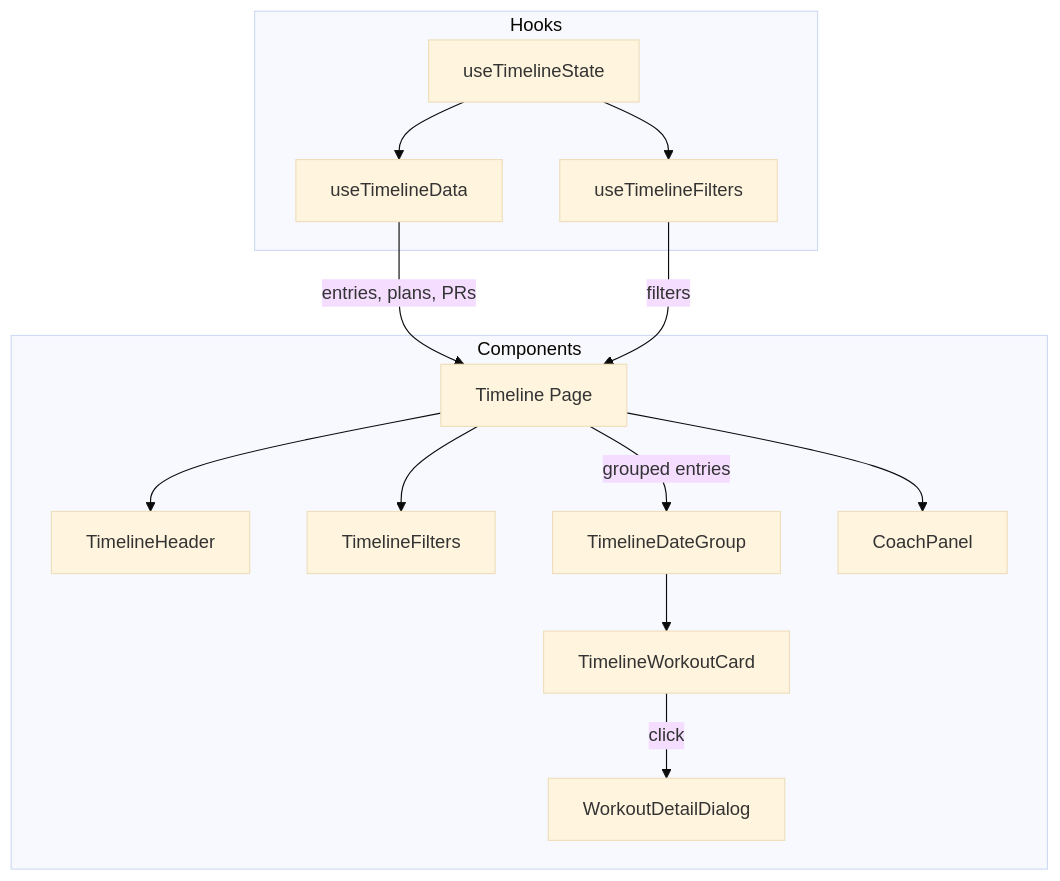
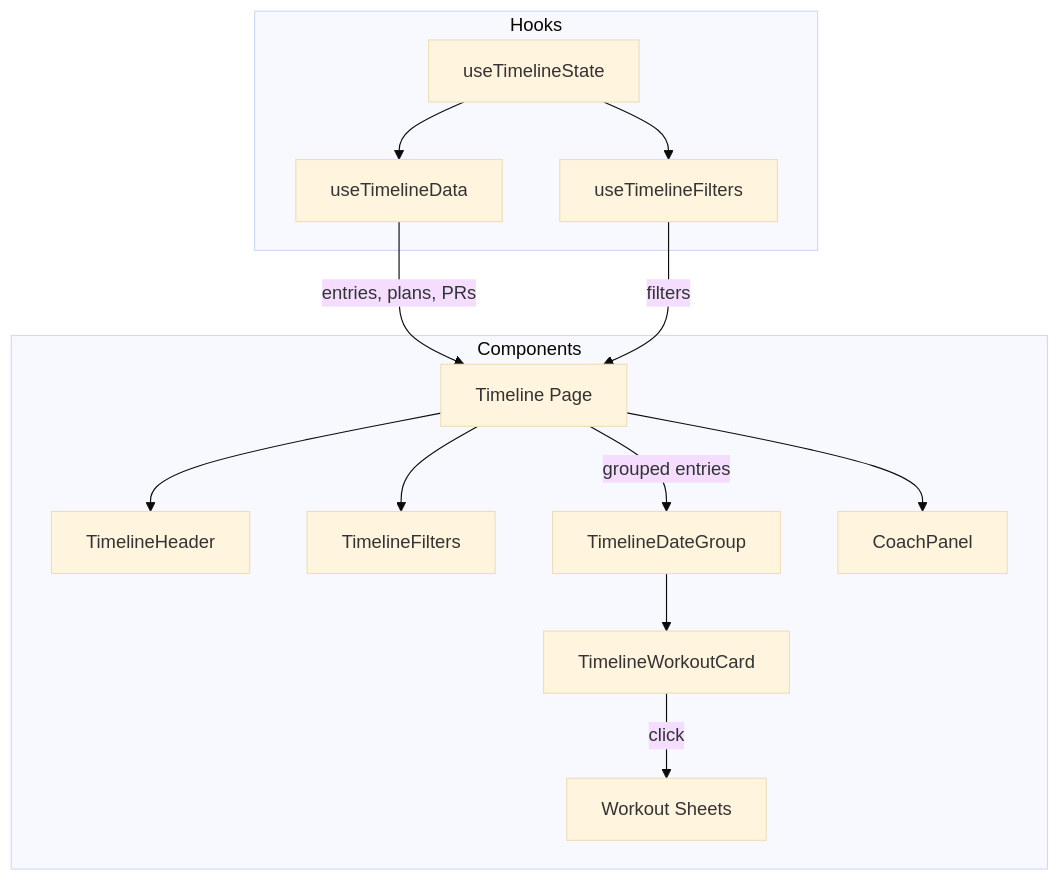
Before and after one commit to daler91/Hyrox-Companion: the diagram in docs/client.md, drawn with Mermaid (base theme). The commit also changed other lines of this file and 3 other files, not shown here.

Commit message:
docs: update documentation for client, architecture, integrations, and testing infrastructure

````diff
--- a/docs/client.md
+++ b/docs/client.md
@@ -305,29 +307,29 @@
 ```mermaid
 flowchart TD
     subgraph Hooks
         UTD[useTimelineData]
         UTF[useTimelineFilters]
         UTS[useTimelineState]
     end
     
     subgraph Components
         TL[Timeline Page]
         TH[TimelineHeader]
         TF[TimelineFilters]
         TDG[TimelineDateGroup]
         TWC[TimelineWorkoutCard]
-        WDD[WorkoutDetailDialog]
+        WDS[Workout Sheets]
         CP[CoachPanel]
     end
     
     UTS --> UTD
     UTS --> UTF
     UTD -->|entries, plans, PRs| TL
     UTF -->|filters| TL
     TL --> TH
     TL --> TF
     TL -->|grouped entries| TDG
     TDG --> TWC
-    TWC -->|click| WDD
+    TWC -->|click| WDS
     TL --> CP
 ```
````
